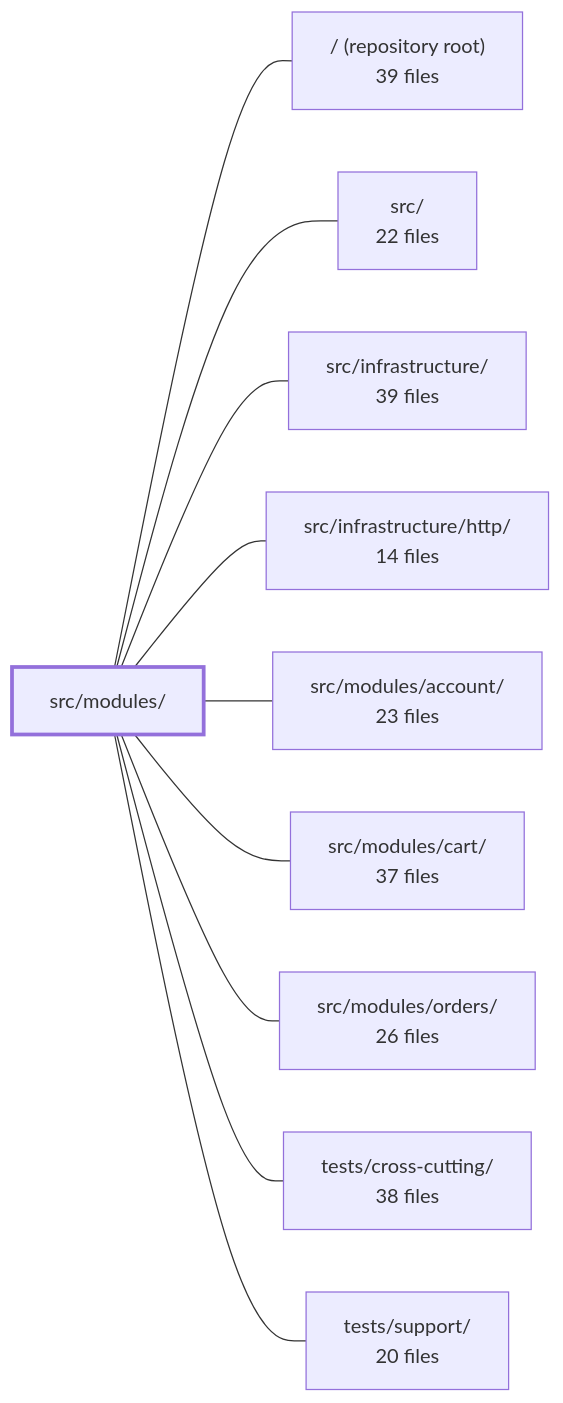
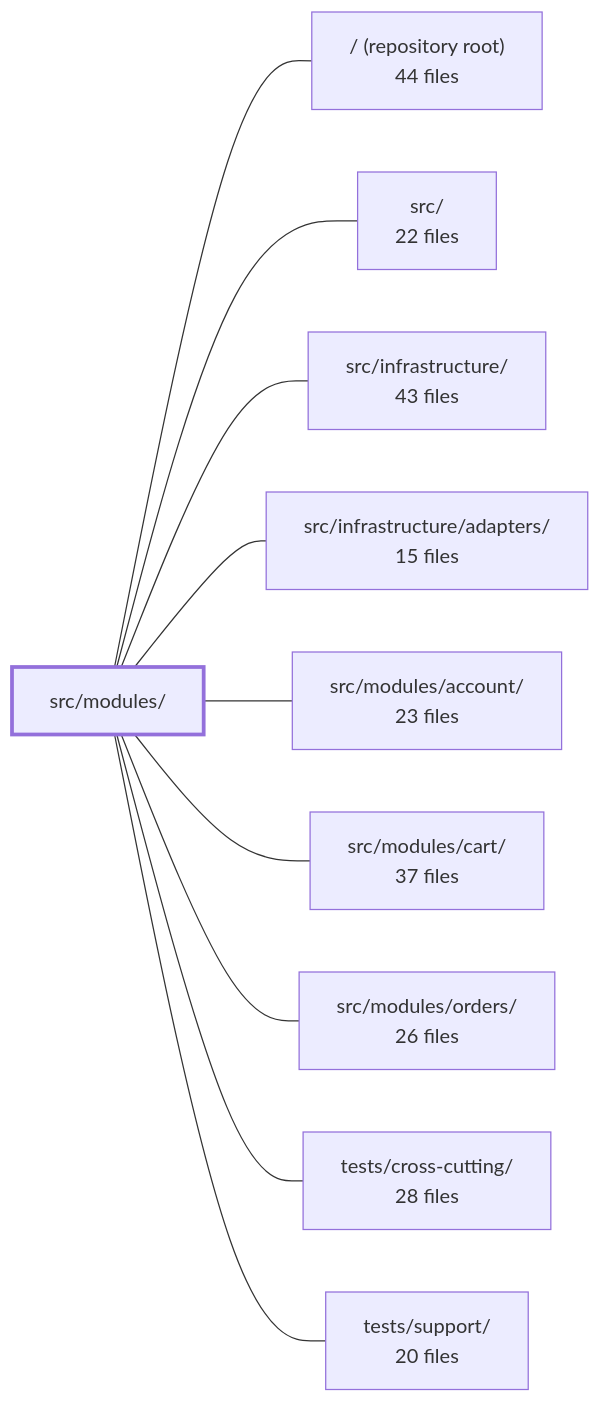
Before and after one commit to Guebbit/boilerplate-node-backend: the diagram in .2repo/modules/boilerplate-node-backend_src_modules.md, drawn with Mermaid. The commit also changed other lines of this file and 625 other files, not shown here.

````diff
--- a/.2repo/modules/boilerplate-node-backend_src_modules.md
+++ b/.2repo/modules/boilerplate-node-backend_src_modules.md
@@ -49,23 +39,23 @@
 ```mermaid
 flowchart LR
     m_src_modules["src/modules/"]
-    m_root["/ (repository root)<br/>39 files"]
+    m_root["/ (repository root)<br/>44 files"]
     m_src["src/<br/>22 files"]
-    m_src_infrastructure["src/infrastructure/<br/>39 files"]
-    m_src_infrastructure_http["src/infrastructure/http/<br/>14 files"]
+    m_src_infrastructure["src/infrastructure/<br/>43 files"]
+    m_src_infrastructure_adapters["src/infrastructure/adapters/<br/>15 files"]
     m_src_modules_account["src/modules/account/<br/>23 files"]
     m_src_modules_cart["src/modules/cart/<br/>37 files"]
     m_src_modules_orders["src/modules/orders/<br/>26 files"]
-    m_tests_cross_cutting["tests/cross-cutting/<br/>38 files"]
+    m_tests_cross_cutting["tests/cross-cutting/<br/>28 files"]
     m_tests_support["tests/support/<br/>20 files"]
     m_src_modules --- m_root
     m_src_modules --- m_src
     m_src_modules --- m_src_infrastructure
-    m_src_modules --- m_src_infrastructure_http
+    m_src_modules --- m_src_infrastructure_adapters
     m_src_modules --- m_src_modules_account
     m_src_modules --- m_src_modules_cart
     m_src_modules --- m_src_modules_orders
     m_src_modules --- m_tests_cross_cutting
     m_src_modules --- m_tests_support
     style m_src_modules stroke-width:3px
 ```
````
